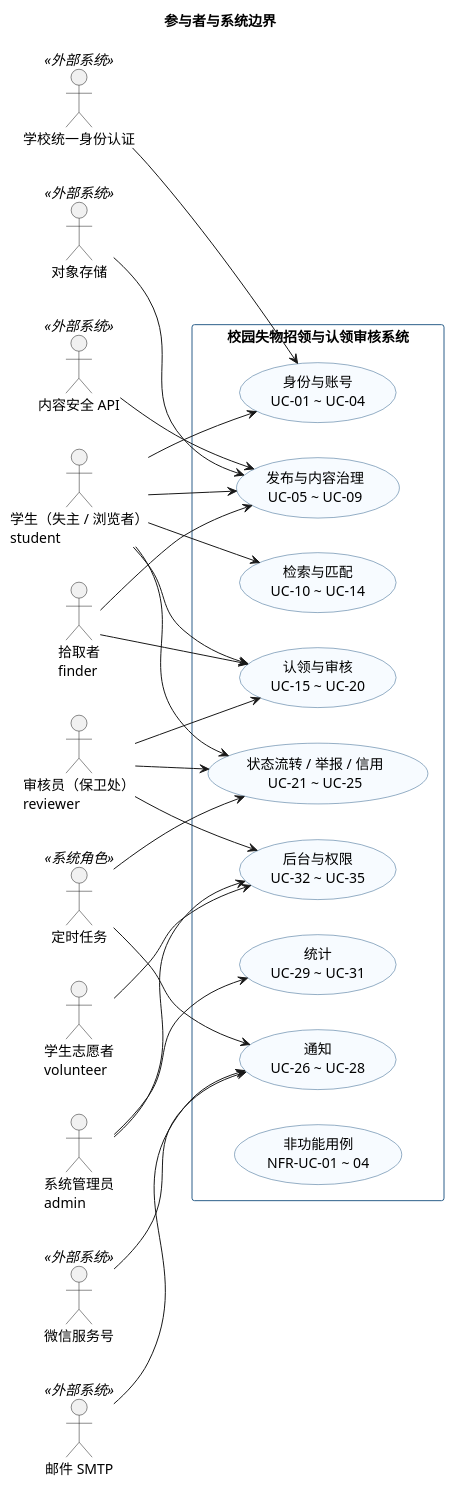
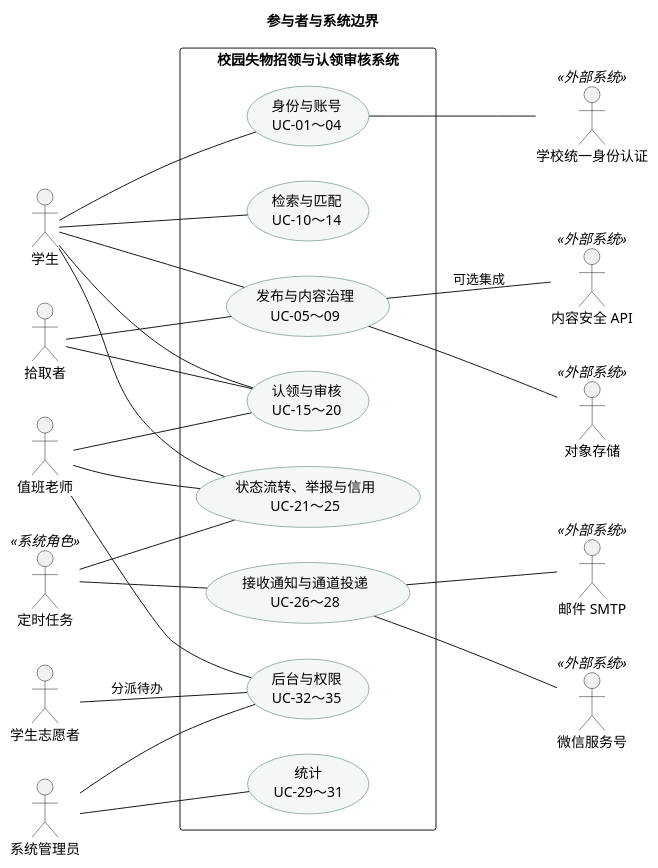
Before and after one commit to phao90016-jpg/Tongji-campus-lost-found: the diagram in models/usecase/usecase-actors.puml, drawn with PlantUML. The commit also changed 30 other files, not shown here.

Commit message:
docs: 修正用例图和通知时序图

```diff
--- a/models/usecase/usecase-actors.puml
+++ b/models/usecase/usecase-actors.puml
@@ -1,68 +1,56 @@
 @startuml usecase-actors
-' ============================================================
-' 校园失物招领与认领审核系统 · 参与者与系统边界
-' 用途：第 4/5 次课讲解、答辩开场
-' 数据源：docs/02-需求规约/用例清单.md §1
-' ============================================================
 title 参与者与系统边界
-
+skinparam defaultFontName "PingFang SC"
 skinparam shadowing false
-skinparam defaultFontName "Microsoft YaHei"
 skinparam usecase {
-  BackgroundColor #F7FBFF
-  BorderColor #2C5F8A
-}
-skinparam rectangle {
-  BackgroundColor #FFFFFF
-  BorderColor #2C5F8A
+  BackgroundColor #F3F8F4
+  BorderColor #3F6B55
 }
 left to right direction
 
-actor "学生（失主 / 浏览者）\nstudent" as STU
-actor "拾取者\nfinder" as FINDER
-actor "审核员（保卫处）\nreviewer" as REVIEWER
-actor "学生志愿者\nvolunteer" as VOL
-actor "系统管理员\nadmin" as ADMIN
+
+actor "学生" as STU
+actor "拾取者" as FINDER
+actor "值班老师" as REVIEWER
+actor "学生志愿者" as VOL
+actor "系统管理员" as ADMIN
 actor "定时任务" as SCHED <<系统角色>>
+actor "学校统一身份认证" as SSO <<外部系统>>
+actor "对象存储" as OSS <<外部系统>>
+actor "内容安全 API" as CSAFE <<外部系统>>
+actor "微信服务号" as WX <<外部系统>>
+actor "邮件 SMTP" as MAIL <<外部系统>>
 
 rectangle "校园失物招领与认领审核系统" {
-  usecase "身份与账号\nUC-01 ~ UC-04" as M_A
-  usecase "发布与内容治理\nUC-05 ~ UC-09" as M_B
-  usecase "检索与匹配\nUC-10 ~ UC-14" as M_C
-  usecase "认领与审核\nUC-15 ~ UC-20" as M_D
-  usecase "状态流转 / 举报 / 信用\nUC-21 ~ UC-25" as M_E
-  usecase "通知\nUC-26 ~ UC-28" as M_F
-  usecase "统计\nUC-29 ~ UC-31" as M_G
-  usecase "后台与权限\nUC-32 ~ UC-35" as M_H
-  usecase "非功能用例\nNFR-UC-01 ~ 04" as M_N
+  usecase "身份与账号\nUC-01～04" as M_A
+  usecase "发布与内容治理\nUC-05～09" as M_B
+  usecase "检索与匹配\nUC-10～14" as M_C
+  usecase "认领与审核\nUC-15～20" as M_D
+  usecase "状态流转、举报与信用\nUC-21～25" as M_E
+  usecase "接收通知与通道投递\nUC-26～28" as M_F
+  usecase "统计\nUC-29～31" as M_G
+  usecase "后台与权限\nUC-32～35" as M_H
 }
 
-actor "学校统一身份认证" as SSO <<外部系统>>
-actor "对象存储" as OSS <<外部系统>>
-actor "微信服务号" as WX <<外部系统>>
-actor "邮件 SMTP" as MAIL <<外部系统>>
-actor "内容安全 API" as CSAFE <<外部系统>>
+STU -- M_A
+STU -- M_B
+STU -- M_C
+STU -- M_D
+STU -- M_E
+FINDER -- M_B
+FINDER -- M_D
+REVIEWER -- M_D
+REVIEWER -- M_E
+REVIEWER -- M_H
+VOL -- M_H : 分派待办
+ADMIN -- M_G
+ADMIN -- M_H
+SCHED -- M_E
+SCHED -- M_F
 
-STU --> M_A
-STU --> M_B
-STU --> M_C
-STU --> M_D
-STU --> M_E
-FINDER --> M_B
-FINDER --> M_D
-REVIEWER --> M_D
-REVIEWER --> M_E
-REVIEWER --> M_H
-VOL --> M_H
-ADMIN --> M_G
-ADMIN --> M_H
-SCHED --> M_E
-SCHED --> M_F
-
-SSO --> M_A
-OSS --> M_B
-WX --> M_F
-MAIL --> M_F
-CSAFE --> M_B
-
+M_A -- SSO
+M_B -- OSS
+M_B -- CSAFE : 可选集成
+M_F -- WX
+M_F -- MAIL
 @enduml
```
